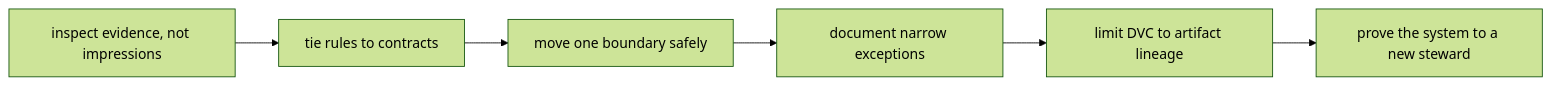
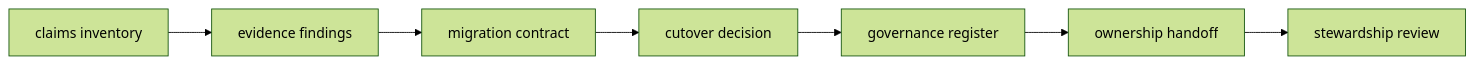
One commit to bijux/bijux-masterclass changed the second of 2 diagrams in programs/reproducible-research/deep-dive-dvc/course-book/module-10-migration-governance-dvc-boundaries/exercises.md. Above: the diagram before and after it, drawn with Mermaid (forest theme). The commit also changed other lines of this file, not shown here.

Commit message:
docs(dvc): make governance practice evidence driven

````diff
--- a/programs/reproducible-research/deep-dive-dvc/course-book/module-10-migration-governance-dvc-boundaries/exercises.md
+++ b/programs/reproducible-research/deep-dive-dvc/course-book/module-10-migration-governance-dvc-boundaries/exercises.md
@@ -89,11 +18,9 @@
 ```mermaid
 flowchart LR
-  inspect["inspect evidence, not impressions"]
-  rule["tie rules to contracts"]
-  move["move one boundary safely"]
-  exception["document narrow exceptions"]
-  limit["limit DVC to artifact lineage"]
-  handoff["prove the system to a new steward"]
-
-  inspect --> rule --> move --> exception --> limit --> handoff
+  claims["claims inventory"] --> findings["evidence findings"]
+  findings --> contract["migration contract"]
+  contract --> decision["cutover decision"]
+  decision --> rules["governance register"]
+  rules --> ownership["ownership handoff"]
+  ownership --> review["stewardship review"]
 ```
````
